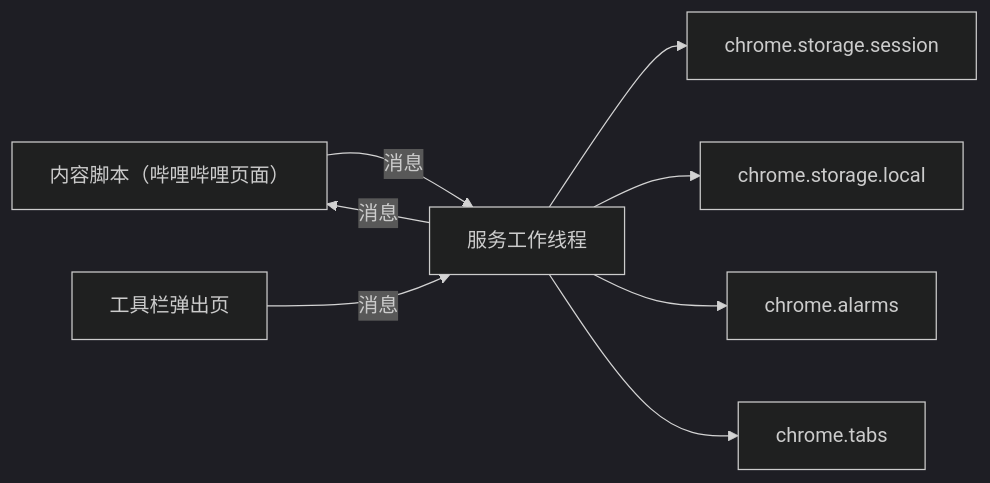
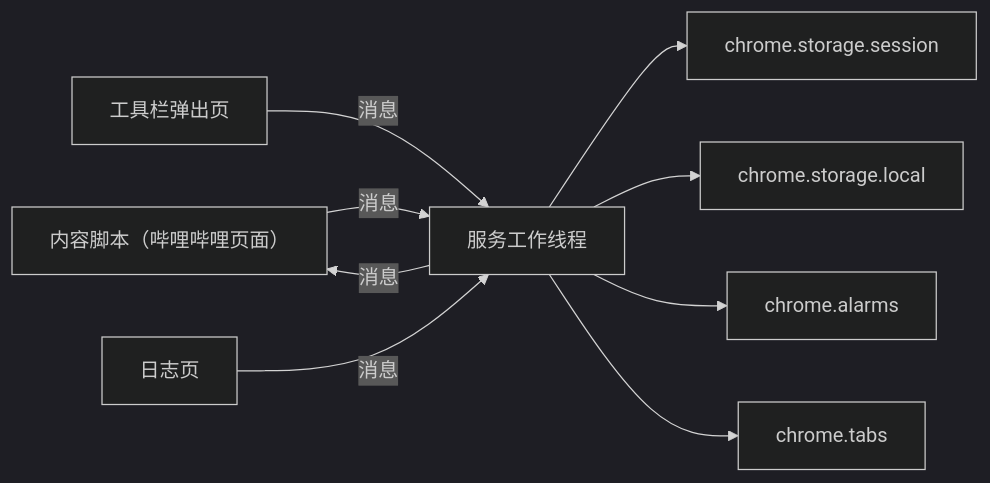
The diagram in docs/System Design Document/System Design Document.md (Shiki-mori/on-purpose), drawn with Mermaid (dark theme) before and after one commit. The commit also changed other lines of this file and 15 other files, not shown here.

Commit message:
把记录从弹出页挪到单独的日志页，避免长列表占满图标窗口。

````diff
--- a/docs/System Design Document/System Design Document.md
+++ b/docs/System Design Document/System Design Document.md
@@ -31,10 +32,11 @@
 ```mermaid
 flowchart LR
   page["内容脚本（哔哩哔哩页面）"] -->|消息| sw["服务工作线程"]
   popup["工具栏弹出页"] -->|消息| sw
+  logs["日志页"] -->|消息| sw
   sw --> session["chrome.storage.session"]
   sw --> local["chrome.storage.local"]
   sw --> alarms["chrome.alarms"]
   sw --> tabsApi["chrome.tabs"]
   sw -->|消息| page
 ```
````
